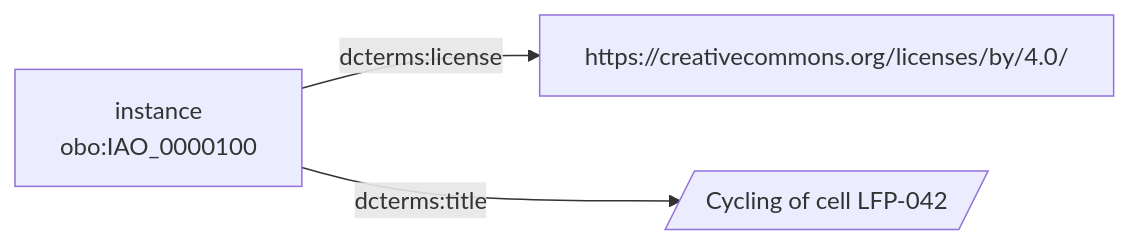
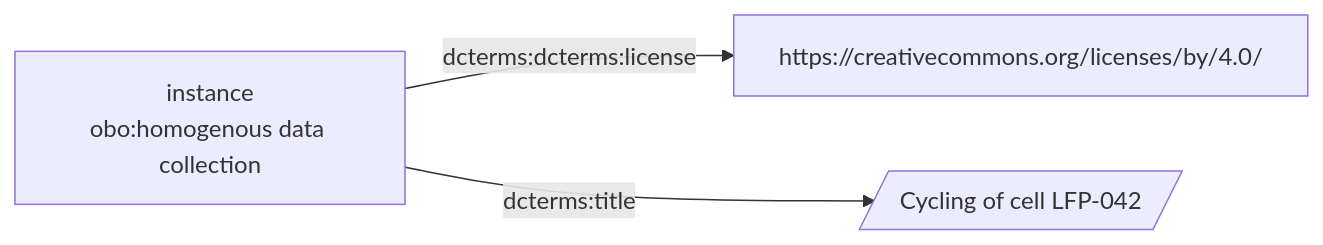
The diagram in generated/datasets/Dataset.pmdco.mmd (OO-LD/oold-reference-schemas), drawn with Mermaid before and after one commit. The commit also changed 12 other files, not shown here.

```diff
--- a/generated/datasets/Dataset.pmdco.mmd
+++ b/generated/datasets/Dataset.pmdco.mmd
@@ -1,6 +1,6 @@
 flowchart LR
-  n0["instance<br>obo:IAO_0000100"]
+  n0["instance<br>obo:homogenous data collection"]
   n1["https://creativecommons.org/licenses/by/4.0/"]
   n2[/"Cycling of cell LFP-042"/]
-  n0 -->|dcterms:license| n1
+  n0 -->|dcterms:dcterms:license| n1
   n0 -->|dcterms:title| n2
```
